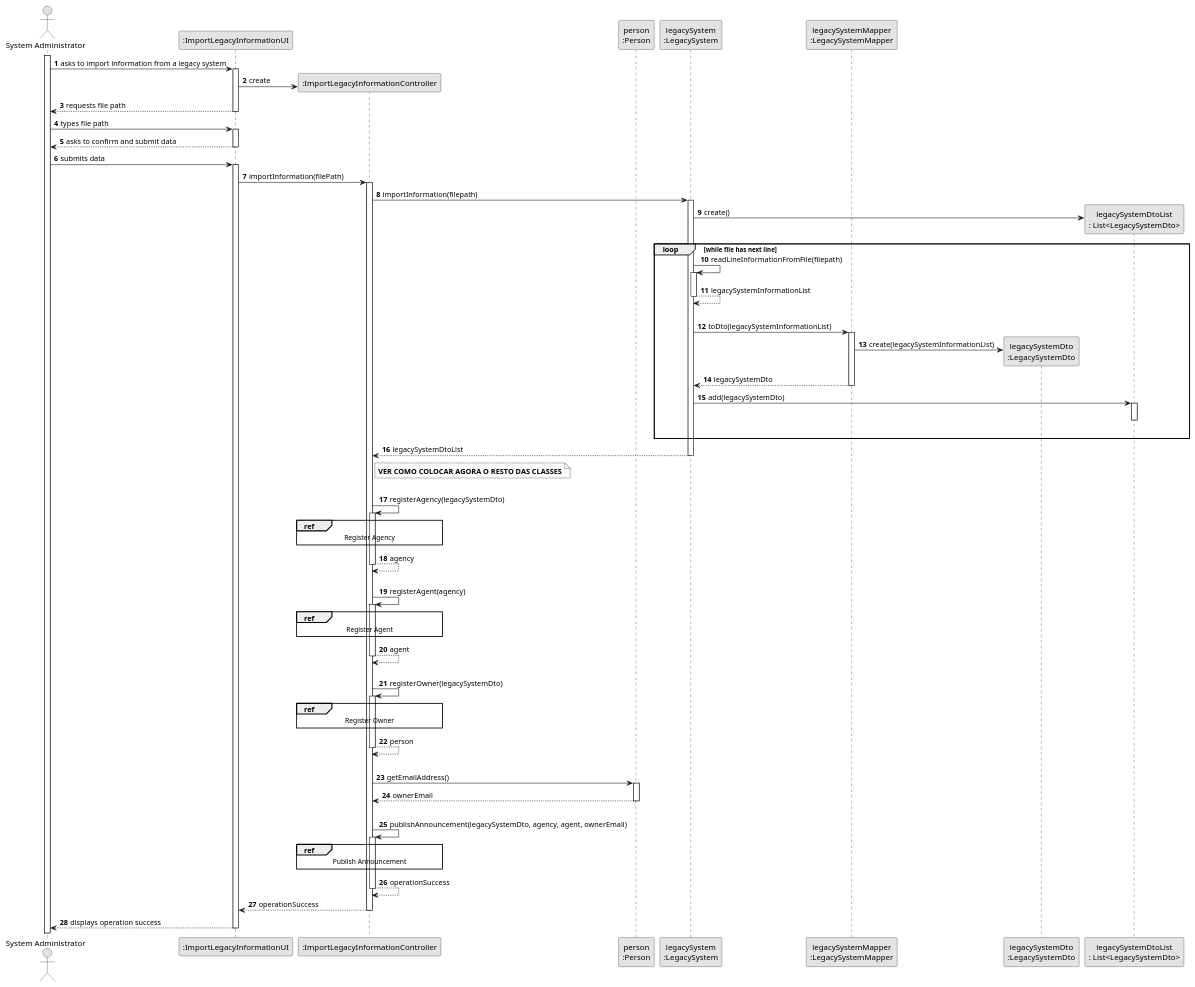
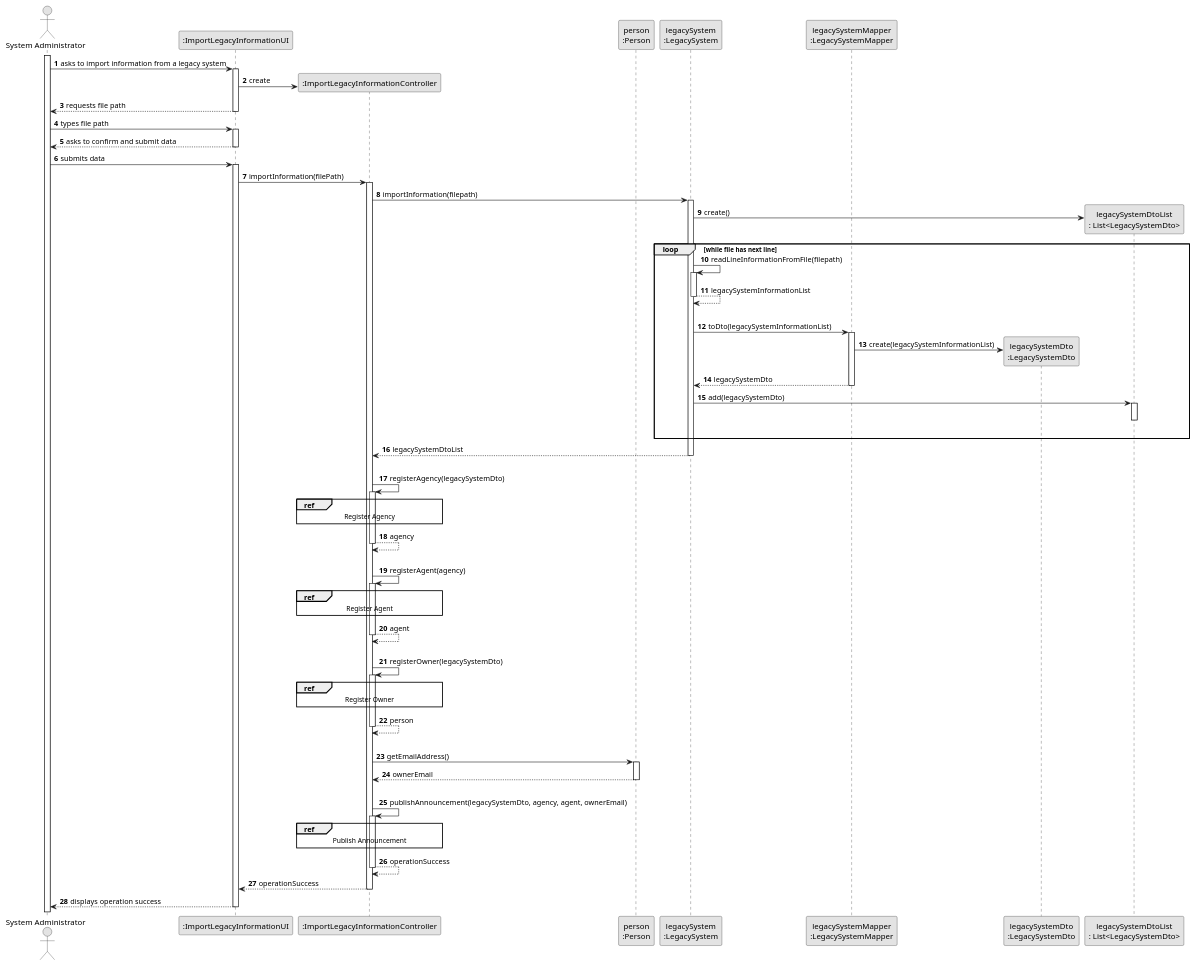
The diagram in docs/sprintD/us012/03.design/puml/us012-sequence-diagram-split.puml (rita-barbosa/LAPR2-2223), drawn with PlantUML before and after one commit. The commit also changed 3 other files, not shown here.

Commit message:
Update sequence diagrams & rationale [US012][Design][#05 Task]

```diff
--- a/docs/sprintD/us012/03.design/puml/us012-sequence-diagram-split.puml
+++ b/docs/sprintD/us012/03.design/puml/us012-sequence-diagram-split.puml
@@ -1,125 +1,120 @@
 @startuml
 skinparam monochrome true
 skinparam packageStyle rectangle
 skinparam shadowing false
 
 autonumber
 
 'hide footbox
 actor "System Administrator" as ADM
 participant ":ImportLegacyInformationUI" as UI
 participant ":ImportLegacyInformationController" as CTRL
 participant "person\n:Person" as PERSON
 participant "legacySystem\n:LegacySystem" as LS
 participant "legacySystemMapper\n:LegacySystemMapper" as LSMapper
 participant "legacySystemDto\n:LegacySystemDto" as LSDto
 participant "legacySystemDtoList\n: List<LegacySystemDto>" as LsDtoList
 activate ADM
 
     ADM -> UI : asks to import information from a legacy system
     activate UI
 
     UI -> CTRL**: create
 
     UI --> ADM : requests file path
     deactivate UI
 
     ADM -> UI : types file path
     activate UI
 
     UI --> ADM : asks to confirm and submit data
     deactivate UI
 
     ADM -> UI : submits data
     activate UI
 
     UI -> CTRL: importInformation(filePath)
     activate CTRL
 
       CTRL -> LS: importInformation(filepath)
       activate LS
 
       LS -> LsDtoList**: create()
 
       loop while file has next line
 
       LS -> LS : readLineInformationFromFile(filepath)
       activate LS
 
       LS --> LS: legacySystemInformationList
       deactivate LS
 
       |||
       LS -> LSMapper : toDto(legacySystemInformationList)
       activate LSMapper
 
       LSMapper -> LSDto** : create(legacySystemInformationList)
 
       LSMapper --> LS : legacySystemDto
       deactivate LSMapper
 
       LS -> LsDtoList : add(legacySystemDto)
       activate LsDtoList
       deactivate LsDtoList
 
       |||
        end loop
 
 
     LS --> CTRL : legacySystemDtoList
     deactivate LS
 
-         note right CTRL
-                **VER COMO COLOCAR AGORA O RESTO DAS CLASSES**
-         end note
-
-
     |||
     CTRL -> CTRL : registerAgency(legacySystemDto)
     activate CTRL
     ref over CTRL
         Register Agency
     end ref
     CTRL --> CTRL : agency
     deactivate CTRL
     |||
 
     CTRL -> CTRL : registerAgent(agency)
     activate CTRL
     ref over CTRL
         Register Agent
     end ref
     CTRL --> CTRL : agent
     deactivate CTRL
     |||
 
     CTRL -> CTRL : registerOwner(legacySystemDto)
     activate CTRL
     ref over CTRL
         Register Owner
     end ref
     CTRL --> CTRL: person
     deactivate CTRL
     |||
     CTRL -> PERSON : getEmailAddress()
     activate PERSON
 
     PERSON --> CTRL : ownerEmail
     deactivate PERSON
 |||
     CTRL -> CTRL : publishAnnouncement(legacySystemDto, agency, agent, ownerEmail)
     activate CTRL
     ref over CTRL
         Publish Announcement
     end ref
         CTRL --> CTRL : operationSuccess
     deactivate CTRL
 
 
     CTRL --> UI: operationSuccess
     deactivate CTRL
 
     UI --> ADM : displays operation success
     deactivate UI
 
 @enduml
```
